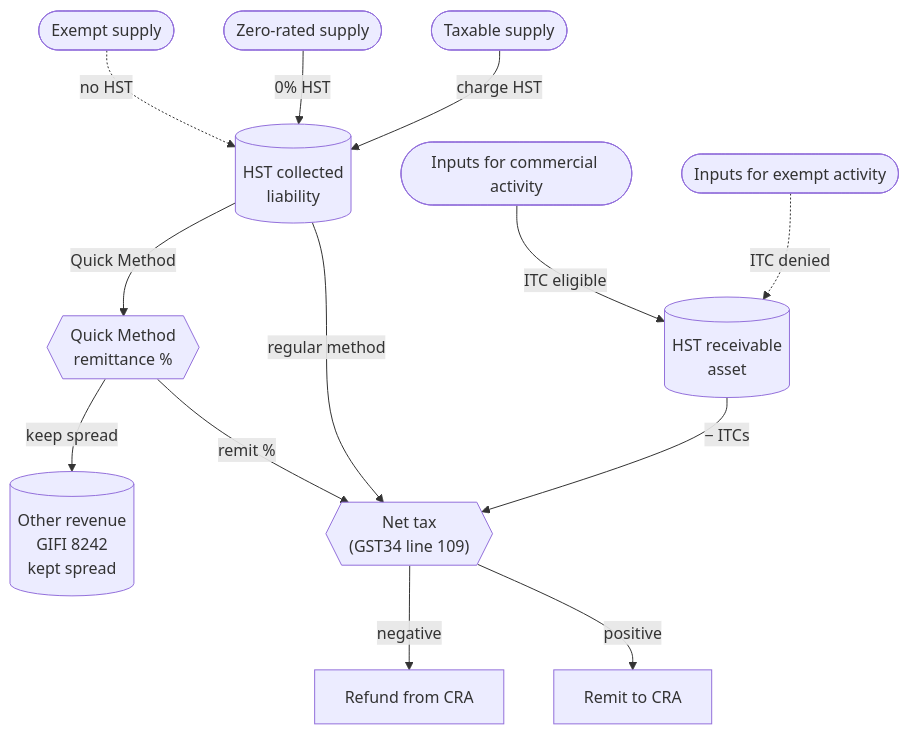
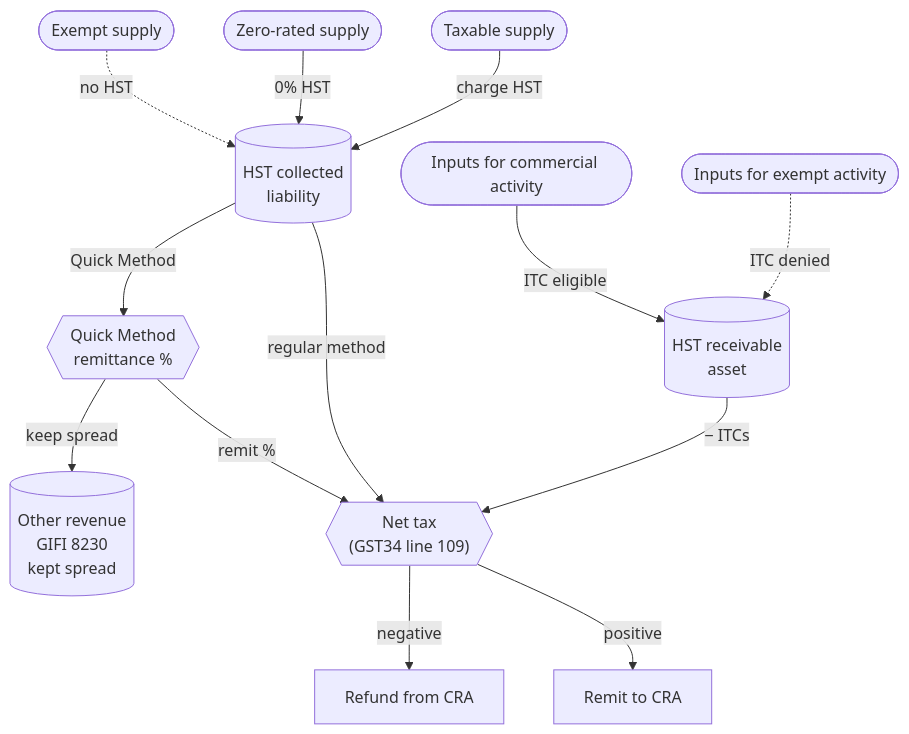
The diagram in guide/HST.md (alexoooo/canadian-corp-info), drawn with Mermaid before and after one commit. The commit also changed other lines of this file and 3 other files, not shown here.

````diff
--- a/guide/HST.md
+++ b/guide/HST.md
@@ -312,30 +312,30 @@
 ```mermaid
 flowchart TB
     Sale(["Taxable supply"])
     Zero(["Zero-rated supply"])
     Exempt(["Exempt supply"])
     Collected[("HST collected<br/>liability")]
     Inputs(["Inputs for commercial activity"])
     InputsX(["Inputs for exempt activity"])
     Receivable[("HST receivable<br/>asset")]
     NetTax{{"Net tax<br/>(GST34 line 109)"}}
     Quick{{"Quick Method<br/>remittance %"}}
-    Other[("Other revenue<br/>GIFI 8242<br/>kept spread")]
+    Other[("Other revenue<br/>GIFI 8230<br/>kept spread")]
     Remit["Remit to CRA"]
     Refund["Refund from CRA"]
 
     Sale -->|"charge HST"| Collected
     Zero -->|"0% HST"| Collected
     Exempt -.->|"no HST"| Collected
     Inputs -->|"ITC eligible"| Receivable
     InputsX -.->|"ITC denied"| Receivable
 
     Collected -->|"regular method"| NetTax
     Receivable -->|"− ITCs"| NetTax
     Collected -->|"Quick Method"| Quick
     Quick -->|"remit %"| NetTax
     Quick -->|"keep spread"| Other
 
     NetTax -->|"positive"| Remit
     NetTax -->|"negative"| Refund
 ```
````
